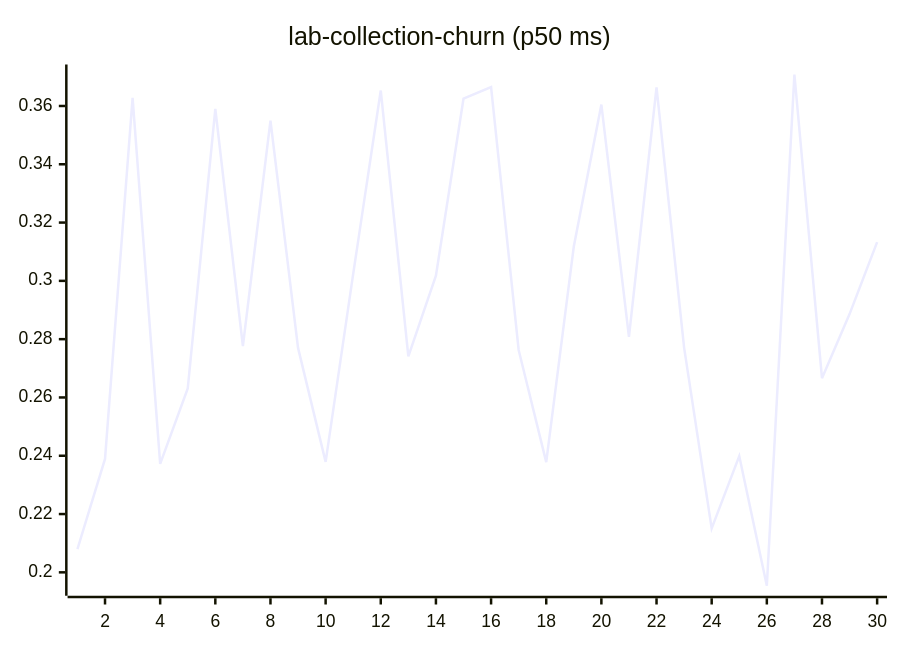
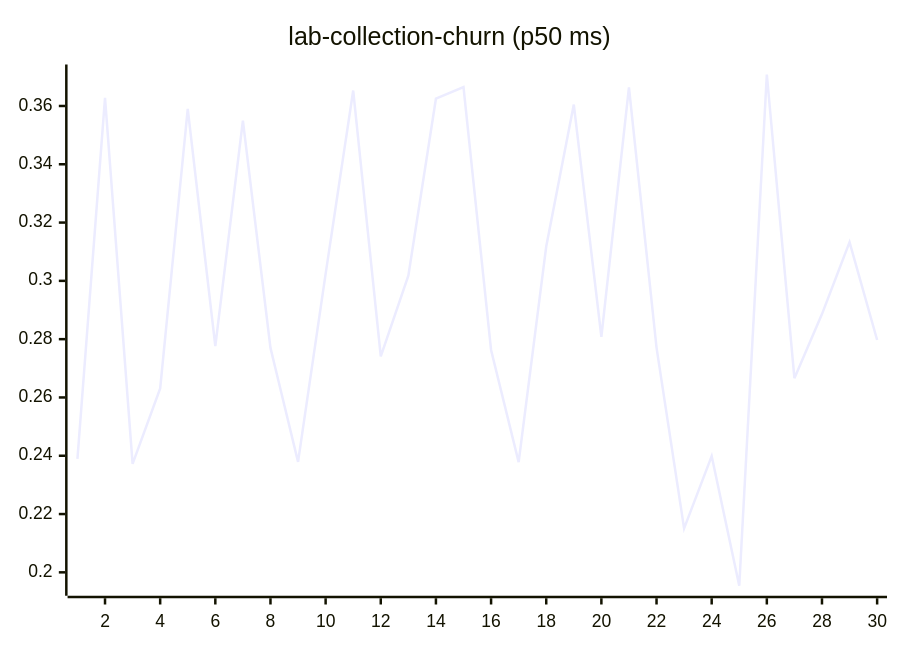
Before and after one commit to josha/Facet: diagram 11 of 27 in README.md, drawn with Mermaid. The commit also changed other lines of this file and 2 other files, not shown here.

````diff
--- a/README.md
+++ b/README.md
@@ -133,6 +133,6 @@
 ```mermaid
 xychart-beta
     title "lab-collection-churn (p50 ms)"
     x-axis 1 --> 30
-    line [0.2080, 0.2389, 0.3628, 0.2372, 0.2631, 0.3590, 0.2776, 0.3550, 0.2770, 0.2379, 0.3024, 0.3653, 0.2741, 0.3018, 0.3625, 0.3665, 0.2763, 0.2378, 0.3118, 0.3605, 0.2808, 0.3664, 0.2771, 0.2151, 0.2399, 0.1954, 0.3708, 0.2666, 0.2886, 0.3133]
+    line [0.2389, 0.3628, 0.2372, 0.2631, 0.3590, 0.2776, 0.3550, 0.2770, 0.2379, 0.3024, 0.3653, 0.2741, 0.3018, 0.3625, 0.3665, 0.2763, 0.2378, 0.3118, 0.3605, 0.2808, 0.3664, 0.2771, 0.2151, 0.2399, 0.1954, 0.3708, 0.2666, 0.2886, 0.3133, 0.2797]
 ```
````
